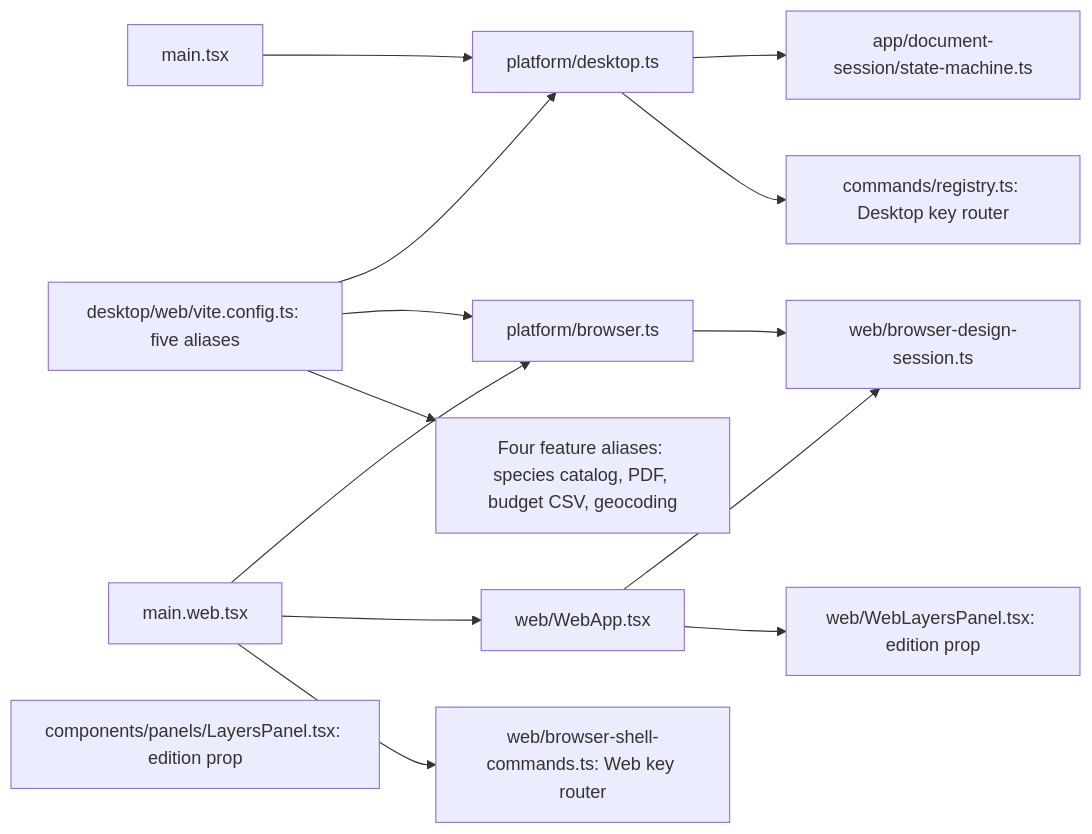
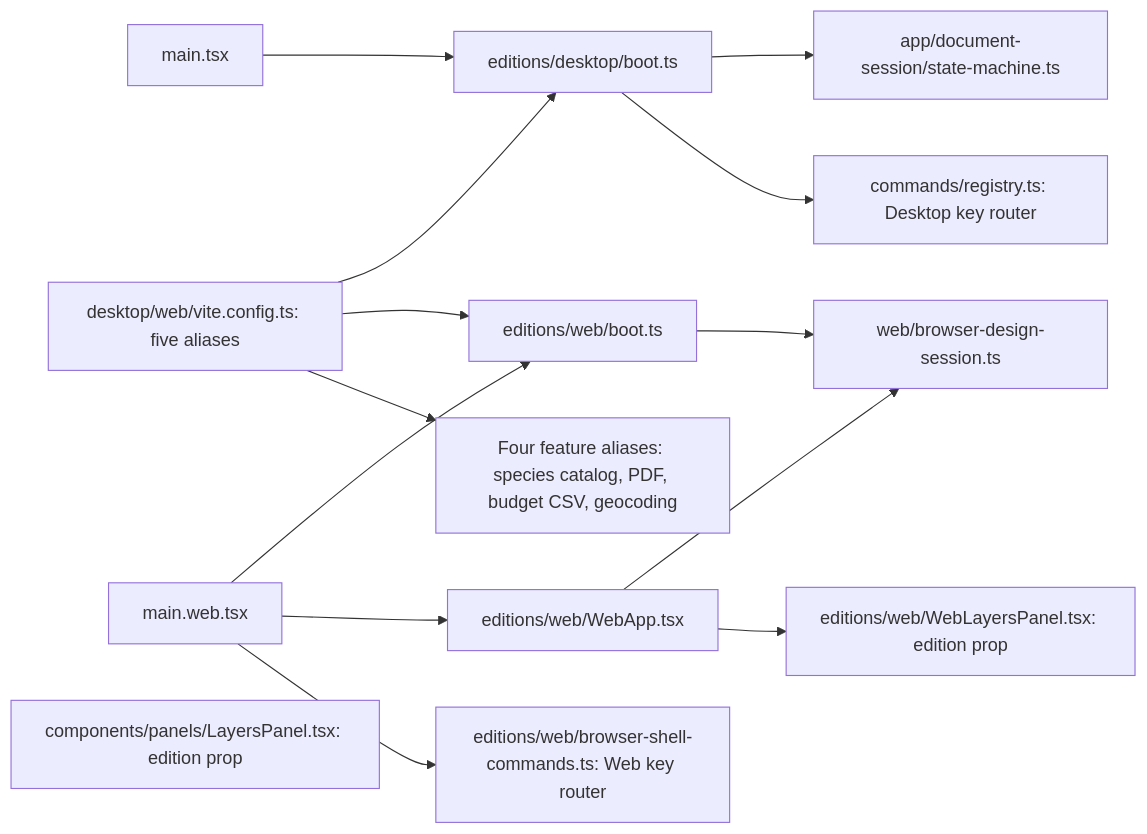
The fifth of 8 diagrams in docs/architecture/components.md (opencanopi/canopi), drawn with Mermaid before and after one commit. The commit also changed other lines of this file and 909 other files, not shown here.

````diff
--- a/docs/architecture/components.md
+++ b/docs/architecture/components.md
@@ -211,28 +211,28 @@
 ```mermaid
 flowchart LR
   vite["desktop/web/vite.config.ts: five aliases"]
   md["main.tsx"]
   mw["main.web.tsx"]
-  pd["platform/desktop.ts"]
-  pb["platform/browser.ts"]
-  wa["web/WebApp.tsx"]
+  pd["editions/desktop/boot.ts"]
+  pb["editions/web/boot.ts"]
+  wa["editions/web/WebApp.tsx"]
   ds["app/document-session/state-machine.ts"]
   bs["web/browser-design-session.ts"]
   kd["commands/registry.ts: Desktop key router"]
-  kw["web/browser-shell-commands.ts: Web key router"]
+  kw["editions/web/browser-shell-commands.ts: Web key router"]
   al["Four feature aliases: species catalog, PDF, budget CSV, geocoding"]
   lp["components/panels/LayersPanel.tsx: edition prop"]
-  wl["web/WebLayersPanel.tsx: edition prop"]
+  wl["editions/web/WebLayersPanel.tsx: edition prop"]
   vite --> pd
   vite --> pb
   vite --> al
   md --> pd
   mw --> pb
   mw --> wa
   mw --> kw
   pd --> ds
   pd --> kd
   pb --> bs
   wa --> bs
   wa --> wl
 ```
````
